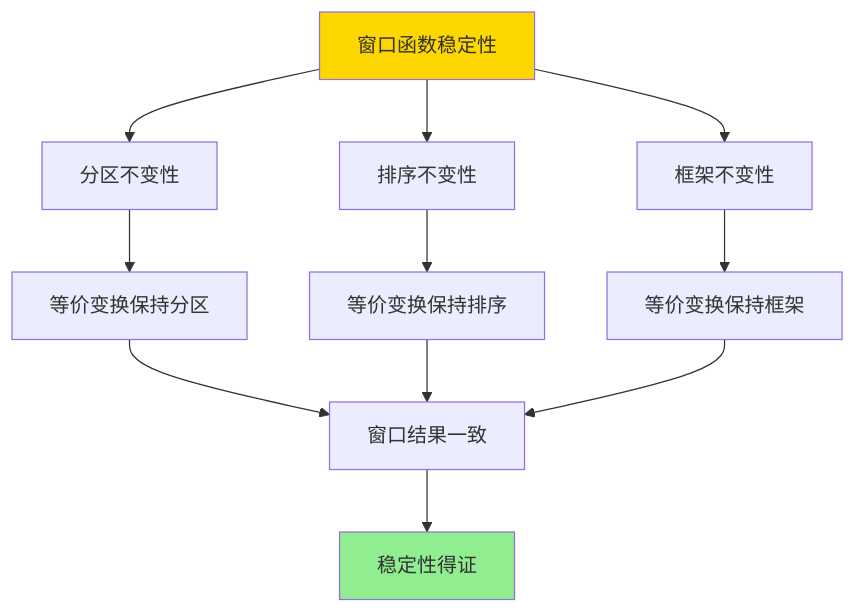
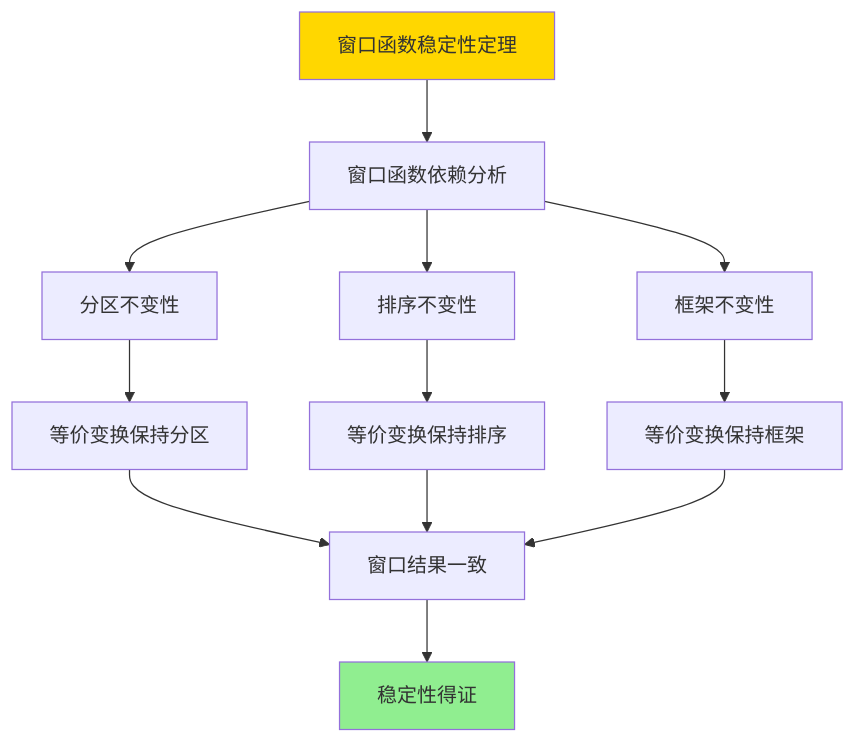
One commit to AdaMartin18010/PostgreSQL_modern changed the fourth of 4 diagrams in PostgreSQL/10-理论基础/08-查询语言与语义/08.10-窗口聚合语义-稳定性与等价变换.md. Above: the diagram before and after it, drawn with Mermaid. The commit also changed other lines of this file and 80 other files, not shown here.

````diff
--- a/PostgreSQL/10-理论基础/08-查询语言与语义/08.10-窗口聚合语义-稳定性与等价变换.md
+++ b/PostgreSQL/10-理论基础/08-查询语言与语义/08.10-窗口聚合语义-稳定性与等价变换.md
@@ -243,16 +290,17 @@
 ```mermaid
 graph TD
-    A[窗口函数稳定性] --> B[分区不变性]
-    A --> C[排序不变性]
-    A --> D[框架不变性]
-    B --> E[等价变换保持分区]
-    C --> F[等价变换保持排序]
-    D --> G[等价变换保持框架]
-    E --> H[窗口结果一致]
-    F --> H
-    G --> H
-    H --> I[稳定性得证]
+    A[窗口函数稳定性定理] --> B[窗口函数依赖分析]
+    B --> C[分区不变性]
+    B --> D[排序不变性]
+    B --> E[框架不变性]
+    C --> F[等价变换保持分区]
+    D --> G[等价变换保持排序]
+    E --> H[等价变换保持框架]
+    F --> I[窗口结果一致]
+    G --> I
+    H --> I
+    I --> J[稳定性得证]
 
     style A fill:#FFD700
-    style I fill:#90EE90
+    style J fill:#90EE90
 ```
````
